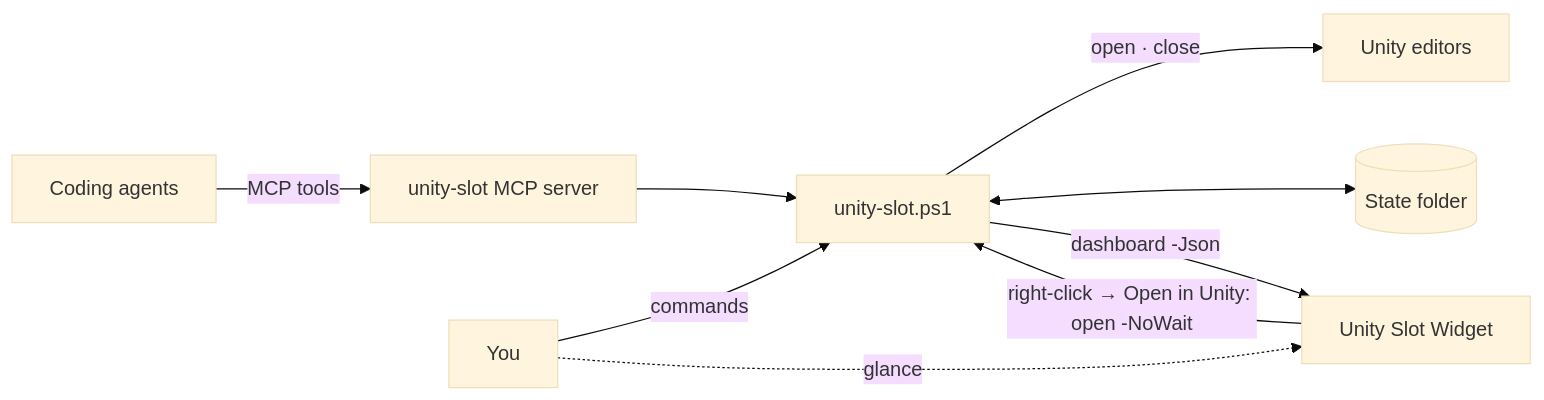
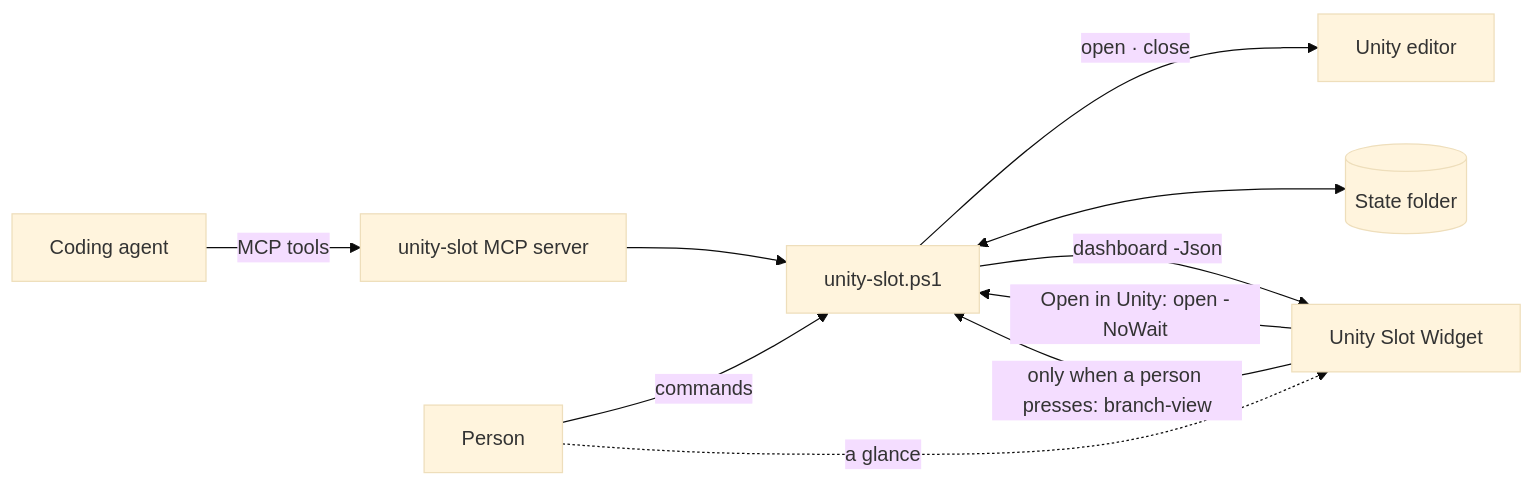
One commit to cyKim0115/unity-slot-widget changed the second of 2 diagrams in README.en.md. Above: the diagram before and after it, drawn with Mermaid (base theme). The commit also changed other lines of this file and 12 other files, not shown here.

````diff
--- a/README.en.md
+++ b/README.en.md
@@ -99,11 +150,12 @@
 ```mermaid
 flowchart LR
-    agent["Coding agents"] -- "MCP tools" --> mcp["unity-slot MCP server"]
-    person["You"] -- "commands" --> cli["unity-slot.ps1"]
+    agent["Coding agent"] -- "MCP tools" --> mcp["unity-slot MCP server"]
+    person["Person"] -- "commands" --> cli["unity-slot.ps1"]
     mcp --> cli
-    cli -- "open · close" --> editor["Unity editors"]
+    cli -- "open · close" --> editor["Unity editor"]
     cli <--> state[("State folder")]
     cli -- "dashboard -Json" --> widget["Unity Slot Widget"]
-    widget -- "right-click → Open in Unity: open -NoWait" --> cli
-    person -. "glance" .-> widget
+    widget -- "Open in Unity: open -NoWait" --> cli
+    widget -- "only when a person presses: branch-view" --> cli
+    person -. "a glance" .-> widget
 ```
````
